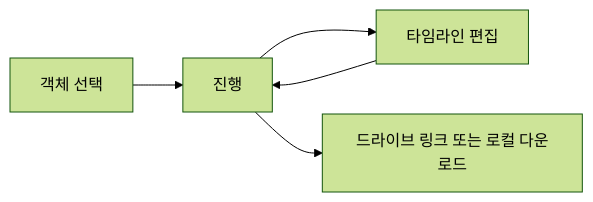
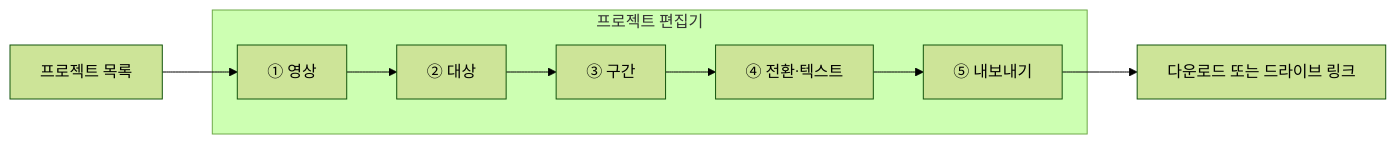
The diagram in docs/design/wireframes.md (JasontreksC/Oxstract), drawn with Mermaid (forest theme) before and after one commit. The commit also changed other lines of this file and 117 other files, not shown here.

````diff
--- a/docs/design/wireframes.md
+++ b/docs/design/wireframes.md
@@ -69,7 +10,11 @@
 ```mermaid
 flowchart LR
-  select[객체 선택] --> progress[진행]
-  progress --> edit[타임라인 편집]
-  edit --> progress
-  progress --> done[드라이브 링크 또는 로컬 다운로드]
+  home[프로젝트 목록] --> media
+  subgraph editor[프로젝트 편집기]
+    media[① 영상] --> target[② 대상]
+    target --> segments[③ 구간]
+    segments --> transitions[④ 전환·텍스트]
+    transitions --> export[⑤ 내보내기]
+  end
+  export --> done[다운로드 또는 드라이브 링크]
 ```
````
